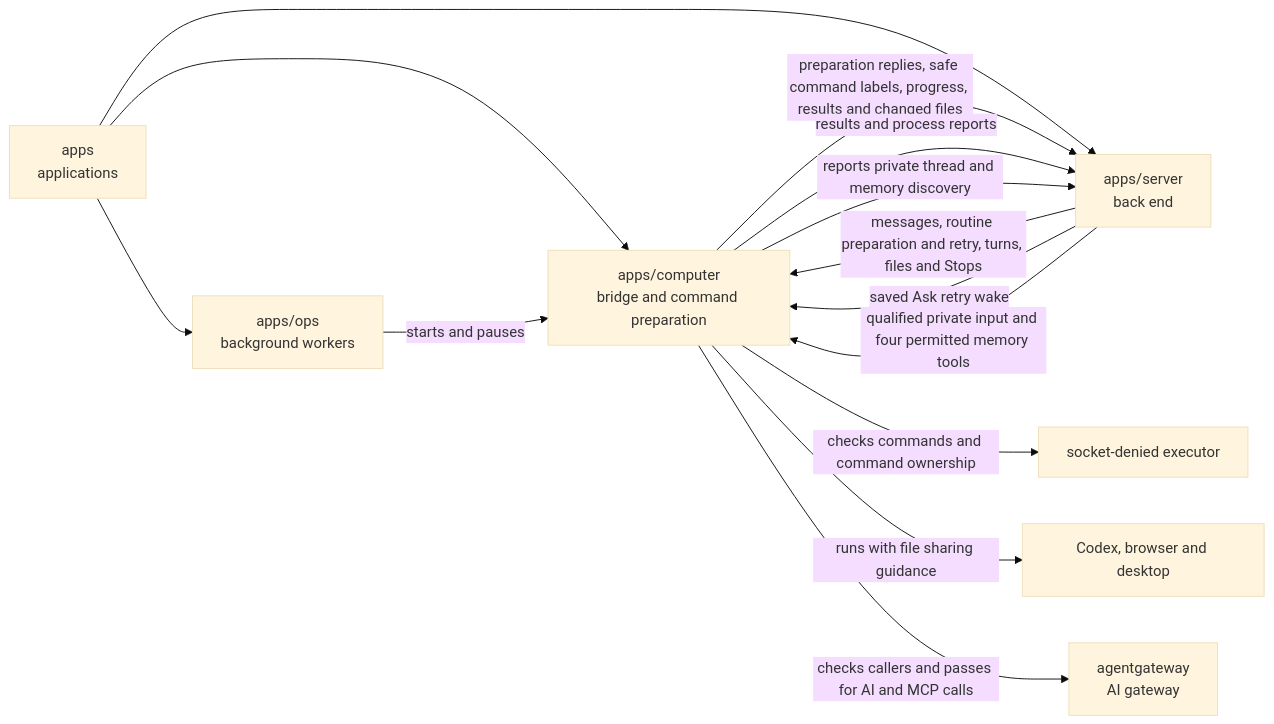
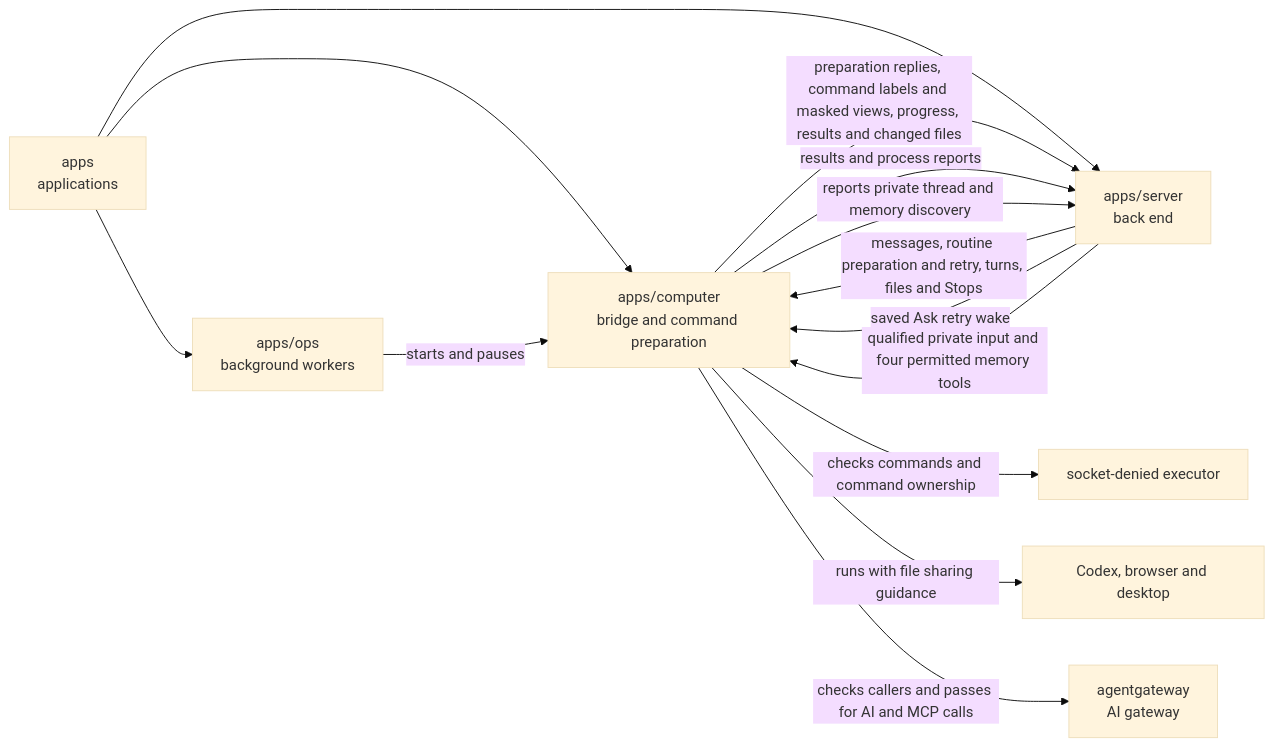
The diagram in apps/computer/README.md (elewa-git/opencrane-new), drawn with Mermaid (base theme) before and after one commit. The commit also changed 44 other files, not shown here.

Commit message:
🔒 Show masked computer commands to conversation members

````diff
--- a/apps/computer/README.md
+++ b/apps/computer/README.md
@@ -16,16 +16,16 @@
 ```mermaid
 flowchart LR
   apps["apps<br/>applications"] --> computer["apps/computer<br/>bridge and command preparation"]
   apps --> ops["apps/ops<br/>background workers"]
   apps --> server["apps/server<br/>back end"]
   ops -->|starts and pauses| computer
   server -->|messages, routine preparation and retry, turns, files and Stops| computer
   server -->|saved Ask retry wake| computer
-  computer -->|preparation replies, safe command labels, progress, results and changed files| server
+  computer -->|preparation replies, command labels and masked views, progress, results and changed files| server
   computer -->|results and process reports| server
   server -->|qualified private input and four permitted memory tools| computer
   computer -->|reports private thread and memory discovery| server
   computer -->|checks commands and command ownership| executor["socket-denied executor"]
   computer -->|runs with file sharing guidance| desktop["Codex, browser and desktop"]
   computer -->|checks callers and passes for AI and MCP calls| gateway["agentgateway<br/>AI gateway"]
 ```
````
